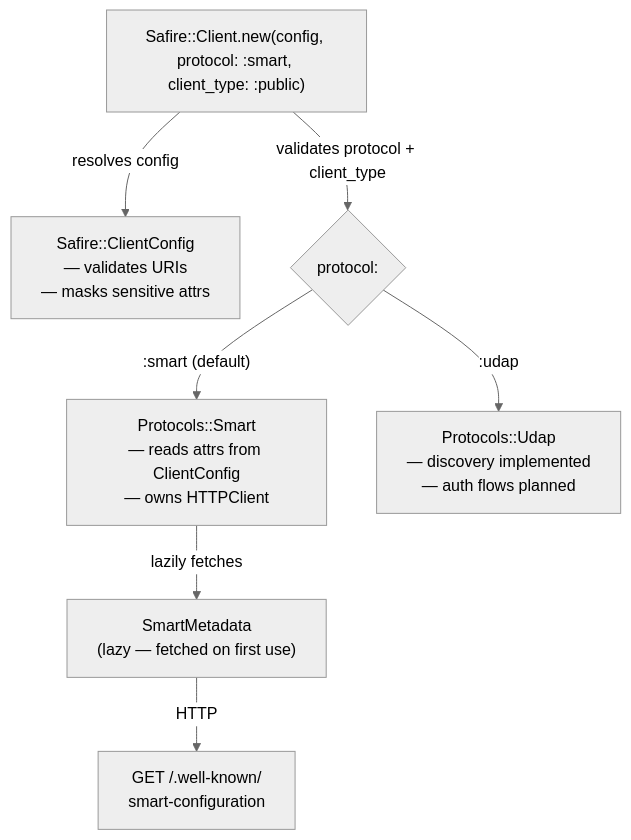
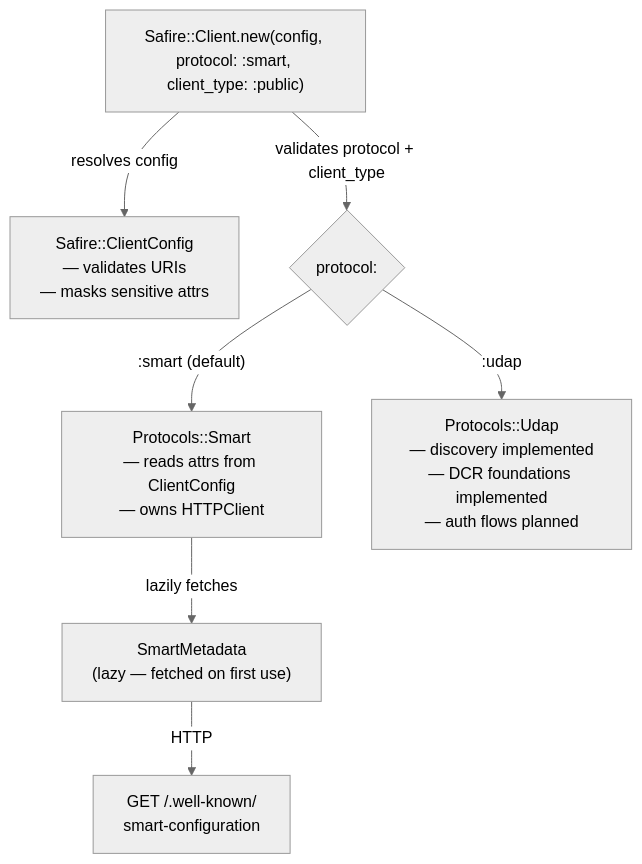
The diagram in docs/configuration/index.md (vanessuniq/safire), drawn with Mermaid (neutral theme) before and after one commit. The commit also changed other lines of this file and 17 other files, not shown here.

````diff
--- a/docs/configuration/index.md
+++ b/docs/configuration/index.md
@@ -20,16 +20,16 @@
 ```mermaid
 flowchart TD
     A["Safire::Client.new(config, protocol: :smart, client_type: :public)"]
     B["Safire::ClientConfig\n— validates URIs\n— masks sensitive attrs"]
     C{protocol:}
     D["Protocols::Smart\n— reads attrs from ClientConfig\n— owns HTTPClient"]
     E["SmartMetadata\n(lazy — fetched on first use)"]
     F["GET /.well-known/\nsmart-configuration"]
 
     A -->|"resolves config"| B
     A -->|"validates protocol + client_type"| C
     C -->|":smart (default)"| D
-    C -->|":udap"| G["Protocols::Udap\n— discovery implemented\n— auth flows planned"]
+    C -->|":udap"| G["Protocols::Udap\n— discovery implemented\n— DCR foundations implemented\n— auth flows planned"]
     D -->|"lazily fetches"| E
     E -->|"HTTP"| F
 ```
````
